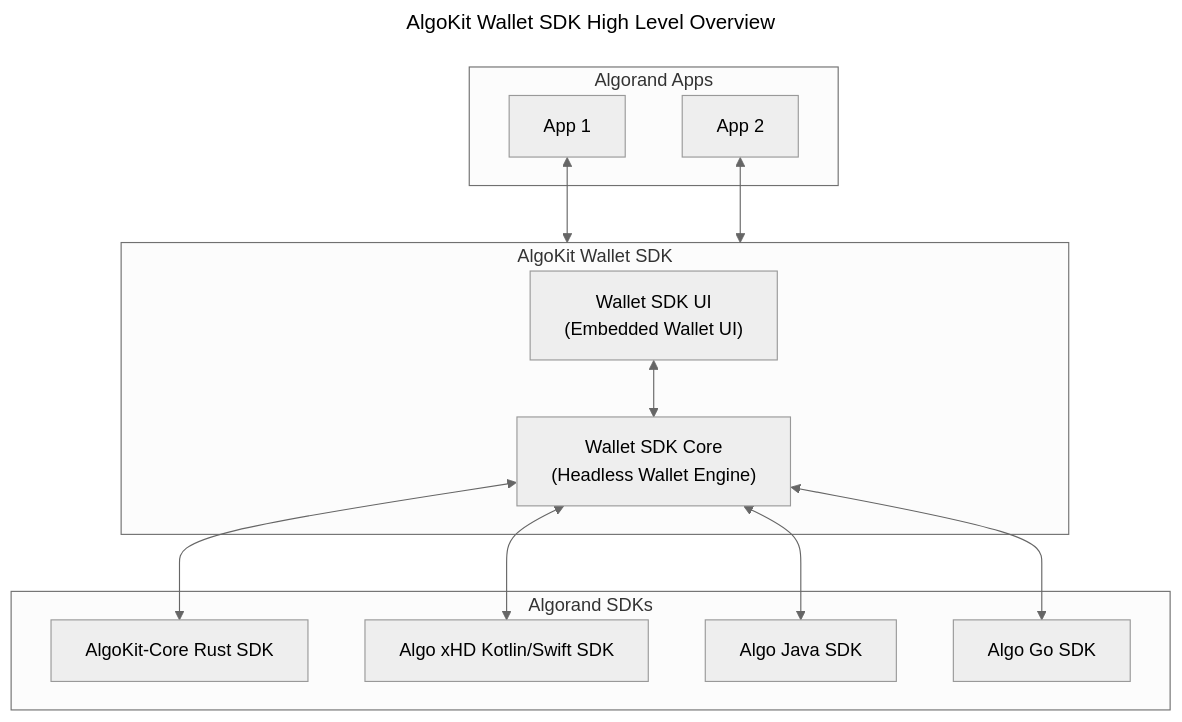
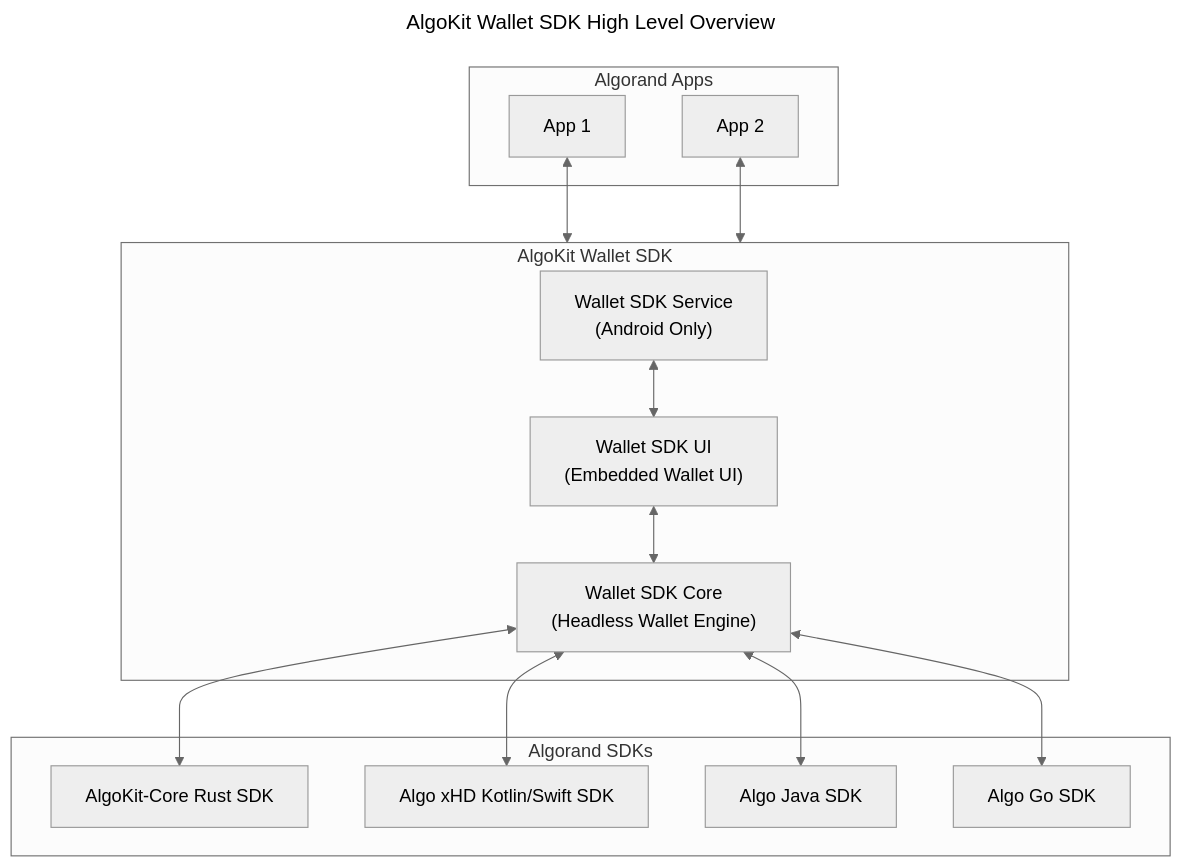
The first of 3 diagrams in README.md (michaeltchuangllc/algokit-walletsdk-kmp), drawn with Mermaid (neutral theme) before and after one commit. The commit also changed other lines of this file, not shown here.

````diff
--- a/README.md
+++ b/README.md
@@ -23,30 +23,32 @@
 ```mermaid
 ---
 title: AlgoKit Wallet SDK High Level Overview
 ---
 graph TD
     subgraph "Algorand Apps"
         App1["App 1"]
         App2["App 2"]
     end
 
     subgraph wallet["AlgoKit Wallet SDK"]
-        SDK1["Wallet SDK UI<br/>(Embedded Wallet UI)"]
-        SDK2["Wallet SDK Core<br/>(Headless Wallet Engine)"]
+        SDK1["Wallet SDK Service<br/>(Android Only)"]
+        SDK2["Wallet SDK UI<br/>(Embedded Wallet UI)"]
+        SDK3["Wallet SDK Core<br/>(Headless Wallet Engine)"]
     end
 
     subgraph "Algorand SDKs"
         Core["AlgoKit-Core Rust SDK"]
         xHD["Algo xHD Kotlin/Swift SDK"]
         JavaSDK["Algo Java SDK"]
         GoSDK["Algo Go SDK"]
     end
 
     App1 <--> wallet
     App2 <--> wallet
     SDK1 <--> SDK2
-    SDK2 <--> Core
-    SDK2 <--> xHD
-    SDK2 <--> JavaSDK
-    SDK2 <--> GoSDK
+    SDK2 <--> SDK3
+    SDK3 <--> Core
+    SDK3 <--> xHD
+    SDK3 <--> JavaSDK
+    SDK3 <--> GoSDK
 ```
````
